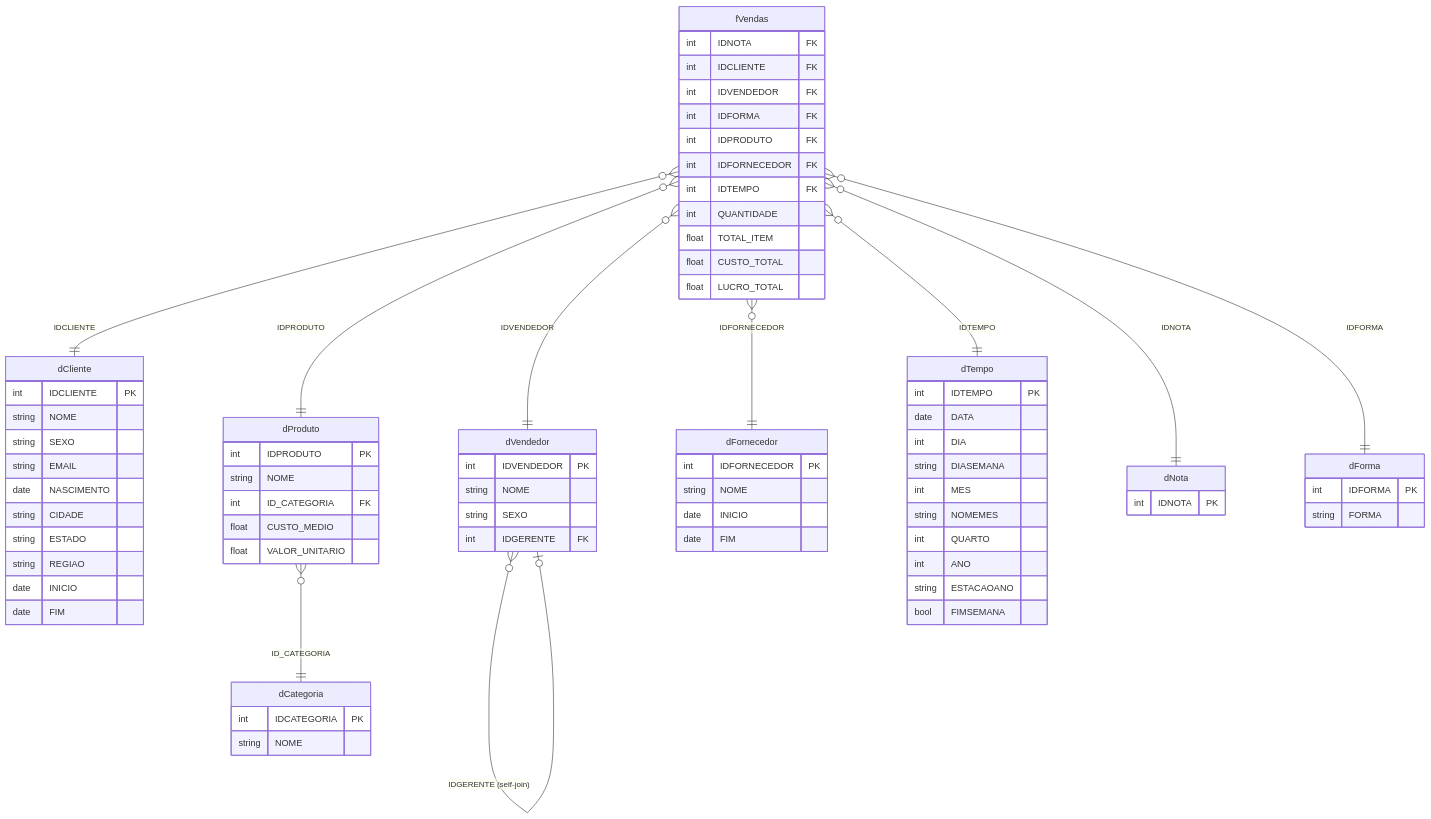
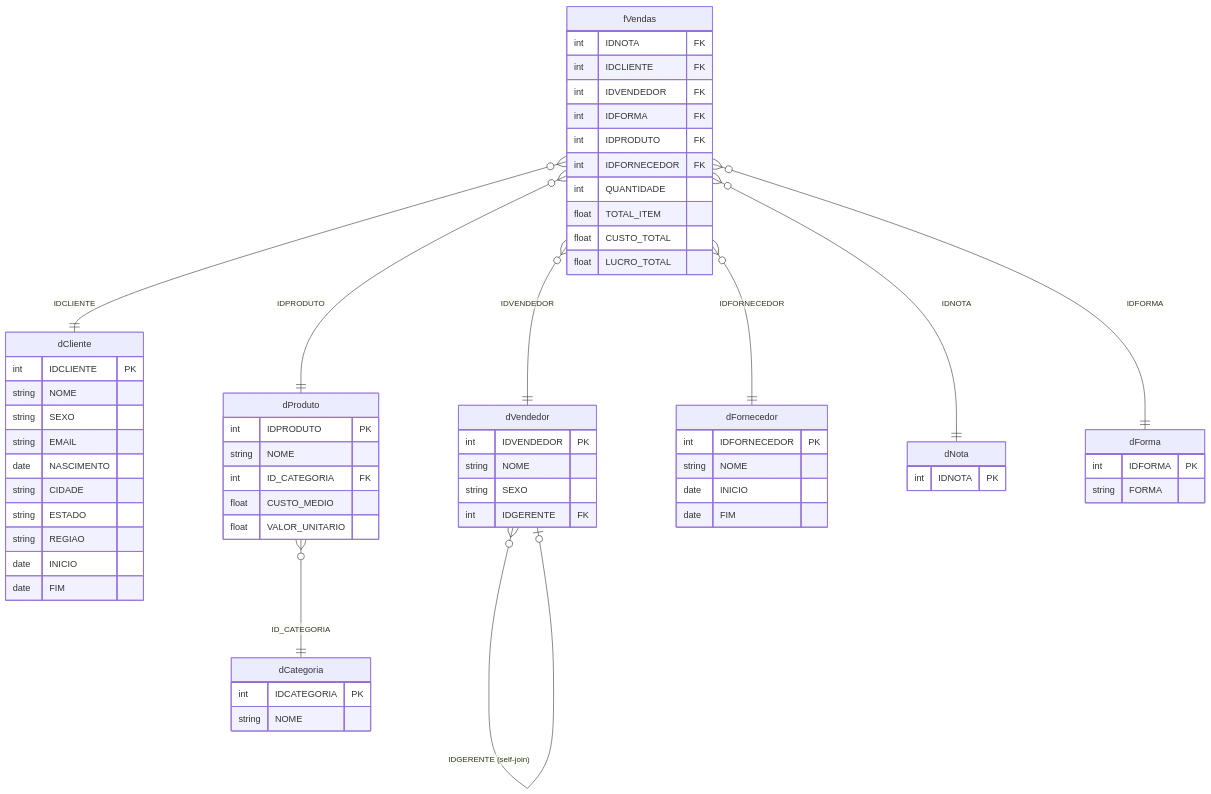
Before and after one commit to JISAE221/projeto-ia-vendas: the diagram in docs/planejamento_documentacao/documentacao.md, drawn with Mermaid. The commit also changed other lines of this file and 1 other file, not shown here.

Commit message:
docs: remove dTempo do modelo e atualiza README para UTF-8

```diff
--- a/docs/planejamento_documentacao/documentacao.md
+++ b/docs/planejamento_documentacao/documentacao.md
@@ -141,7 +142,6 @@
         int IDFORMA FK
         int IDPRODUTO FK
         int IDFORNECEDOR FK
-        int IDTEMPO FK
         int QUANTIDADE
         float TOTAL_ITEM
         float CUSTO_TOTAL
@@ -188,19 +188,6 @@
         date FIM
     }
  
-    dTempo {
-        int IDTEMPO PK
-        date DATA
-        int DIA
-        string DIASEMANA
-        int MES
-        string NOMEMES
-        int QUARTO
-        int ANO
-        string ESTACAOANO
-        bool FIMSEMANA
-    }
- 
     dNota {
         int IDNOTA PK
     }
@@ -214,7 +201,6 @@
     fVendas }o--|| dVendedor : "IDVENDEDOR"
     fVendas }o--|| dProduto : "IDPRODUTO"
     fVendas }o--|| dFornecedor : "IDFORNECEDOR"
-    fVendas }o--|| dTempo : "IDTEMPO"
     fVendas }o--|| dNota : "IDNOTA"
     fVendas }o--|| dForma : "IDFORMA"
     dProduto }o--|| dCategoria : "ID_CATEGORIA"
```
